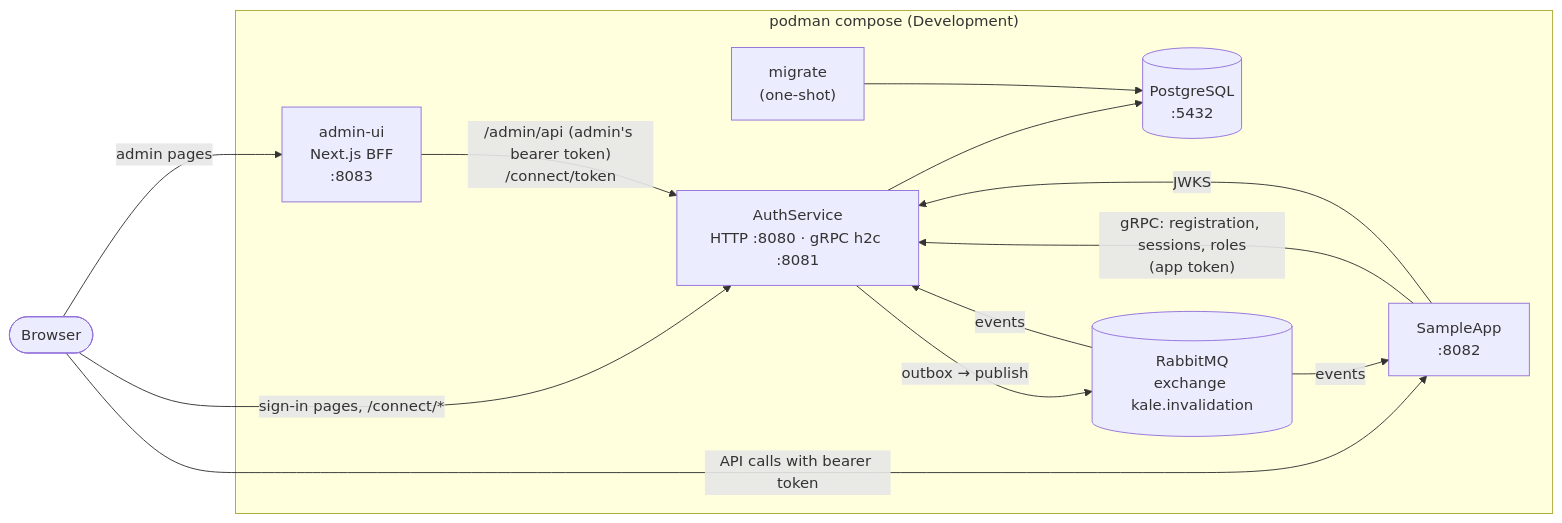
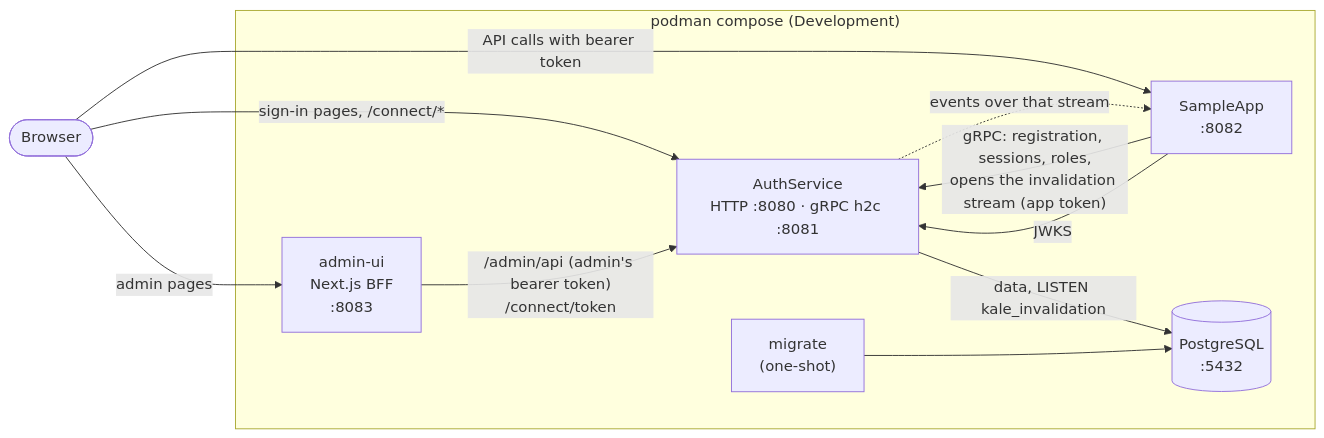
Before and after one commit to TasTugberk/Kale: the first of 4 diagrams in docs/handover/handover.en.md, drawn with Mermaid. The commit also changed other lines of this file and 3 other files, not shown here.

````diff
--- a/docs/handover/handover.en.md
+++ b/docs/handover/handover.en.md
@@ -188,23 +188,20 @@
 ```mermaid
 flowchart LR
     browser([Browser])
     subgraph compose["podman compose (Development)"]
         ui["admin-ui<br/>Next.js BFF<br/>:8083"]
         auth["AuthService<br/>HTTP :8080 · gRPC h2c :8081"]
         sample["SampleApp<br/>:8082"]
         pg[("PostgreSQL<br/>:5432")]
-        mq[("RabbitMQ<br/>exchange kale.invalidation")]
         migrate["migrate<br/>(one-shot)"]
     end
     browser -- "admin pages" --> ui
     browser -- "sign-in pages, /connect/*" --> auth
     browser -- "API calls with bearer token" --> sample
     ui -- "/admin/api (admin's bearer token)<br/>/connect/token" --> auth
-    sample -- "gRPC: registration, sessions, roles<br/>(app token)" --> auth
+    sample -- "gRPC: registration, sessions, roles,<br/>opens the invalidation stream (app token)" --> auth
     sample -- "JWKS" --> auth
-    auth --> pg
+    auth -. "events over that stream" .-> sample
+    auth -- "data, LISTEN kale_invalidation" --> pg
     migrate --> pg
-    auth -- "outbox → publish" --> mq
-    mq -- "events" --> sample
-    mq -- "events" --> auth
 ```
````
